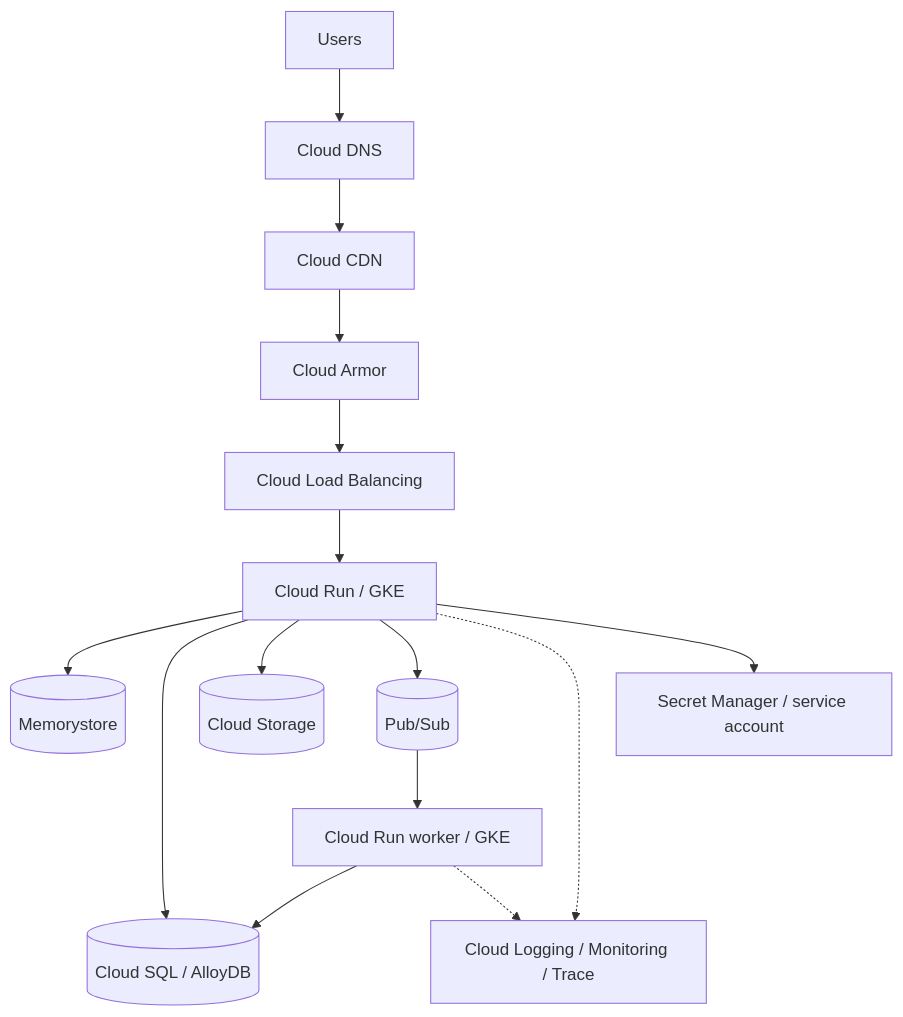
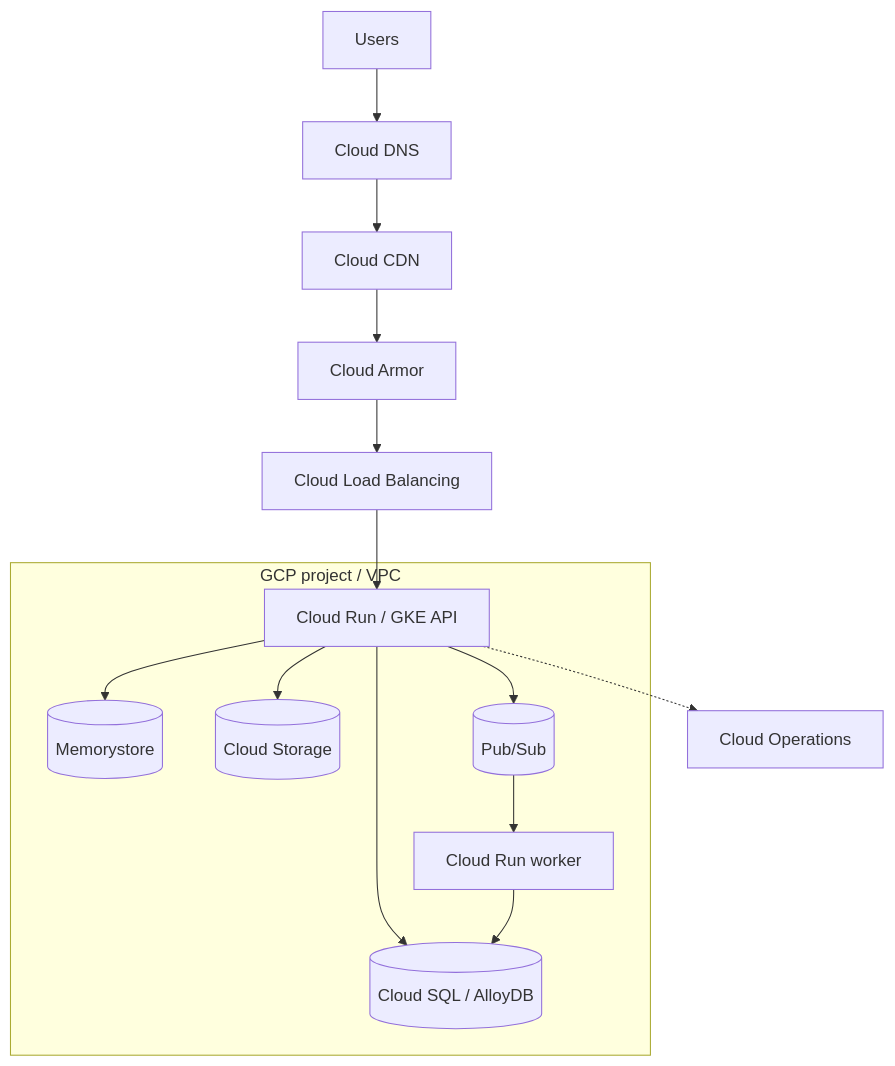
Before and after one commit to luckyhegde6/HLD_patterns: the second of 3 diagrams in cloud_architecture/README.md, drawn with Mermaid. The commit also changed other lines of this file, not shown here.

Commit message:
docs: add AWS GCP visual overview and connector legend

````diff
--- a/cloud_architecture/README.md
+++ b/cloud_architecture/README.md
@@ -27,17 +40,23 @@
 ```mermaid
 flowchart TB
   U[Users] --> DNS[Cloud DNS]
   DNS --> CDN[Cloud CDN]
   CDN --> ARMOR[Cloud Armor]
   ARMOR --> LB[Cloud Load Balancing]
-  LB --> RUN[Cloud Run / GKE]
-  RUN --> CACHE[(Memorystore)]
-  RUN --> DB[(Cloud SQL / AlloyDB)]
-  RUN --> GCS[(Cloud Storage)]
-  RUN --> TOPIC[(Pub/Sub)]
-  TOPIC --> WORKER[Cloud Run worker / GKE]
-  WORKER --> DB
-  RUN -.-> OBS[Cloud Logging / Monitoring / Trace]
-  WORKER -.-> OBS
-  RUN --> SEC[Secret Manager / service account]
+  subgraph GCP[GCP project / VPC]
+    API[Cloud Run / GKE API]
+    CACHE[(Memorystore)]
+    DB[(Cloud SQL / AlloyDB)]
+    GCS[(Cloud Storage)]
+    PS[(Pub/Sub)]
+    W[Cloud Run worker]
+    API --> CACHE
+    API --> DB
+    API --> GCS
+    API --> PS
+    PS --> W
+    W --> DB
+  end
+  LB --> API
+  API -.-> OBS[Cloud Operations]
 ```
````
